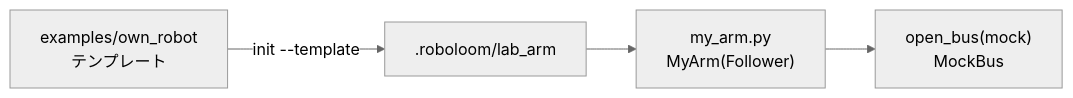
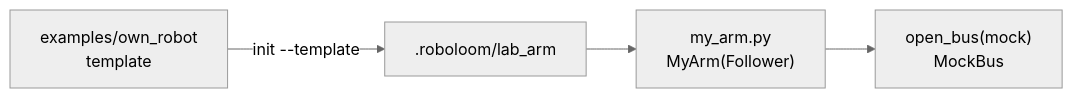
One commit to tetsugo02/roboloom changed the diagram in docs/ja/tutorials/own-robot.md. Above: the diagram before and after it, drawn with Mermaid (neutral theme). The commit also changed other lines of this file and 74 other files, not shown here.

````diff
--- a/docs/ja/tutorials/own-robot.md
+++ b/docs/ja/tutorials/own-robot.md
@@ -10,6 +10,6 @@
 ```mermaid
 flowchart LR
-  T["examples/own_robot<br/>テンプレート"] -- "init --template" --> P[".roboloom/lab_arm"]
+  T["examples/own_robot<br/>template"] -- "init --template" --> P[".roboloom/lab_arm"]
   P --> C["my_arm.py<br/>MyArm(Follower)"]
   C --> B["open_bus(mock)<br/>MockBus"]
 ```
````
